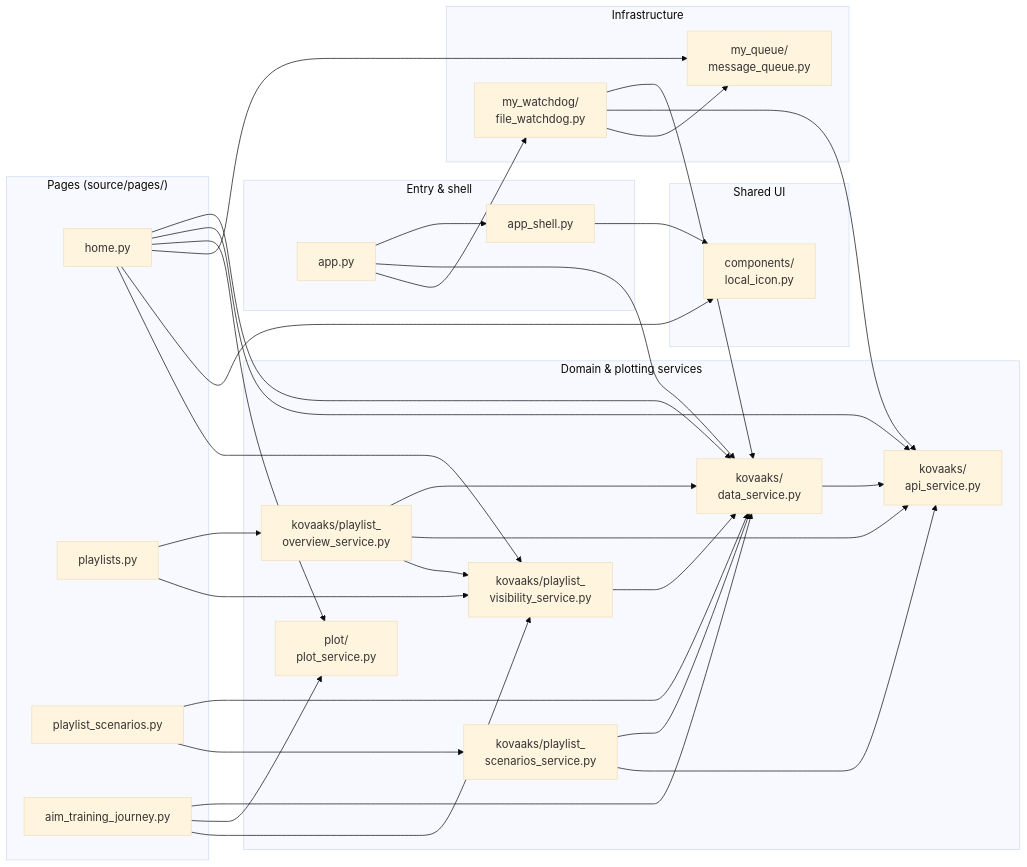
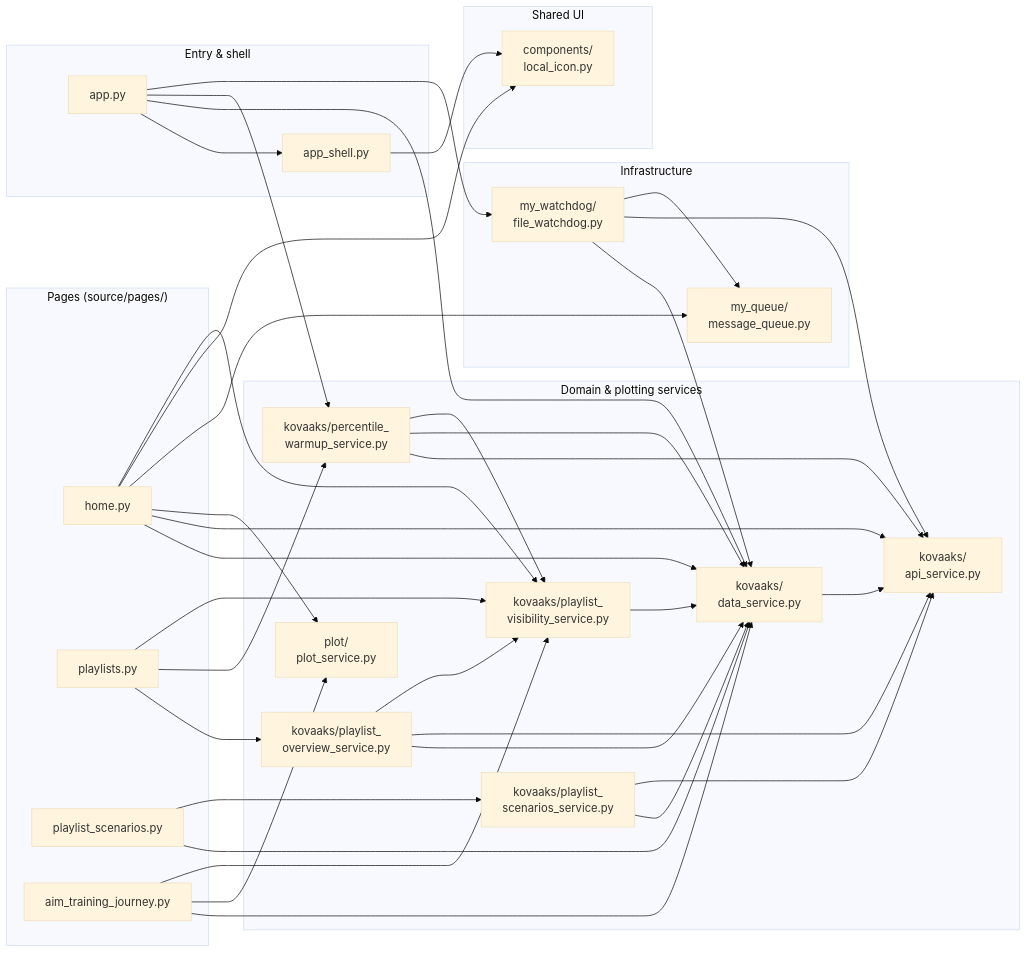
The third of 3 diagrams in docs/architecture.md (MingoDynasty/Corporate-Serf-Dashboard), drawn with Mermaid (base theme) before and after one commit. The commit also changed other lines of this file and 8 other files, not shown here.

Commit message:
feat: add background percentile warmup worker

````diff
--- a/docs/architecture.md
+++ b/docs/architecture.md
@@ -124,64 +127,70 @@
 ```mermaid
 flowchart LR
     subgraph Entry["Entry & shell"]
         App["app.py"]
         Shell["app_shell.py"]
     end
 
     subgraph Pages["Pages (source/pages/)"]
         Home["home.py"]
         Playlists["playlists.py"]
         PlaylistScenarios["playlist_scenarios.py"]
         Journey["aim_training_journey.py"]
     end
 
     subgraph SharedUI["Shared UI"]
         LocalIcon["components/<br/>local_icon.py"]
     end
 
     subgraph Services["Domain & plotting services"]
         DataService["kovaaks/<br/>data_service.py"]
         ApiService["kovaaks/<br/>api_service.py"]
+        WarmupService["kovaaks/percentile_<br/>warmup_service.py"]
         PlaylistService["kovaaks/playlist_<br/>scenarios_service.py"]
         OverviewService["kovaaks/playlist_<br/>overview_service.py"]
         Visibility["kovaaks/playlist_<br/>visibility_service.py"]
         PlotService["plot/<br/>plot_service.py"]
     end
 
     subgraph Infra["Infrastructure"]
         FileWatchdog["my_watchdog/<br/>file_watchdog.py"]
         Queue["my_queue/<br/>message_queue.py"]
     end
 
     App --> Shell
     App --> DataService
+    App --> WarmupService
     App --> FileWatchdog
 
     Shell --> LocalIcon
     Home --> DataService
     Home --> ApiService
     Home --> PlotService
     Home --> Queue
     Home --> LocalIcon
     Playlists --> OverviewService
+    Playlists --> WarmupService
+    WarmupService --> ApiService
+    WarmupService --> DataService
+    WarmupService --> Visibility
     PlaylistScenarios --> DataService
     PlaylistScenarios --> PlaylistService
     Journey --> DataService
     Journey --> PlotService
 
     Home --> Visibility
     Journey --> Visibility
     Playlists --> Visibility
 
     PlaylistService --> DataService
     PlaylistService --> ApiService
     OverviewService --> DataService
     OverviewService --> ApiService
     OverviewService --> Visibility
     Visibility --> DataService
     DataService --> ApiService
 
     FileWatchdog --> DataService
     FileWatchdog --> ApiService
     FileWatchdog --> Queue
 ```
````
